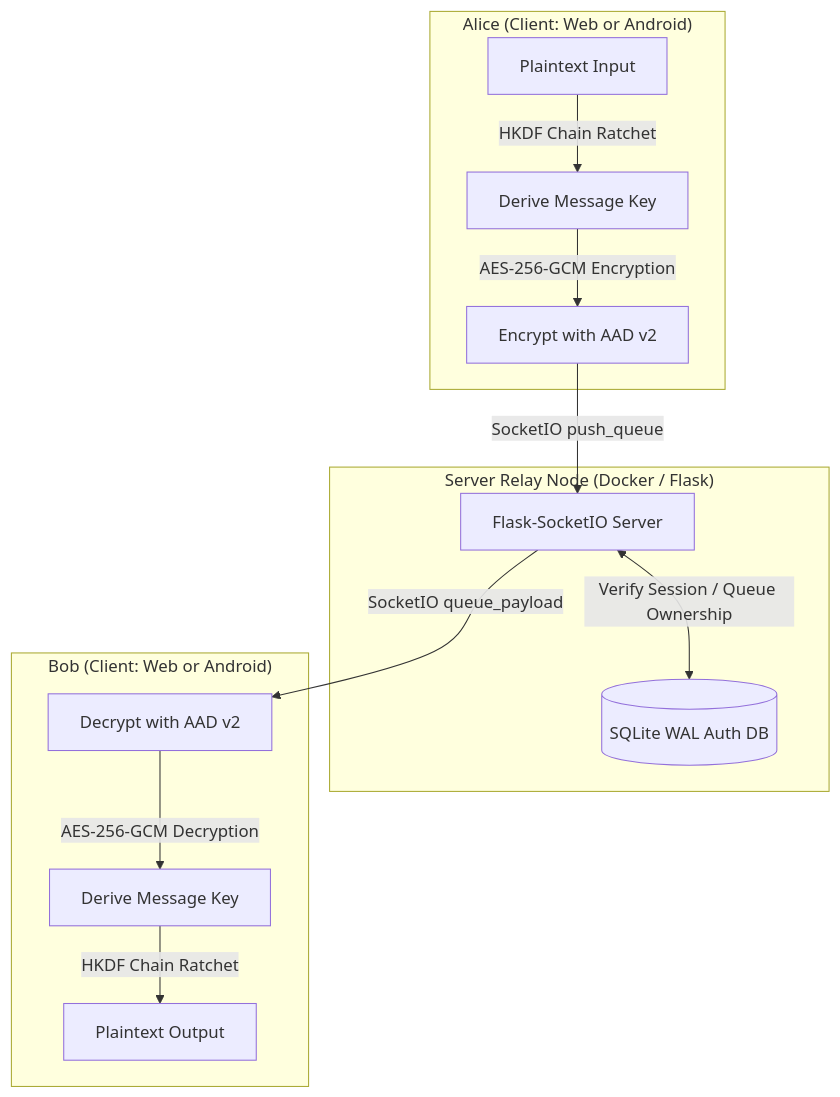
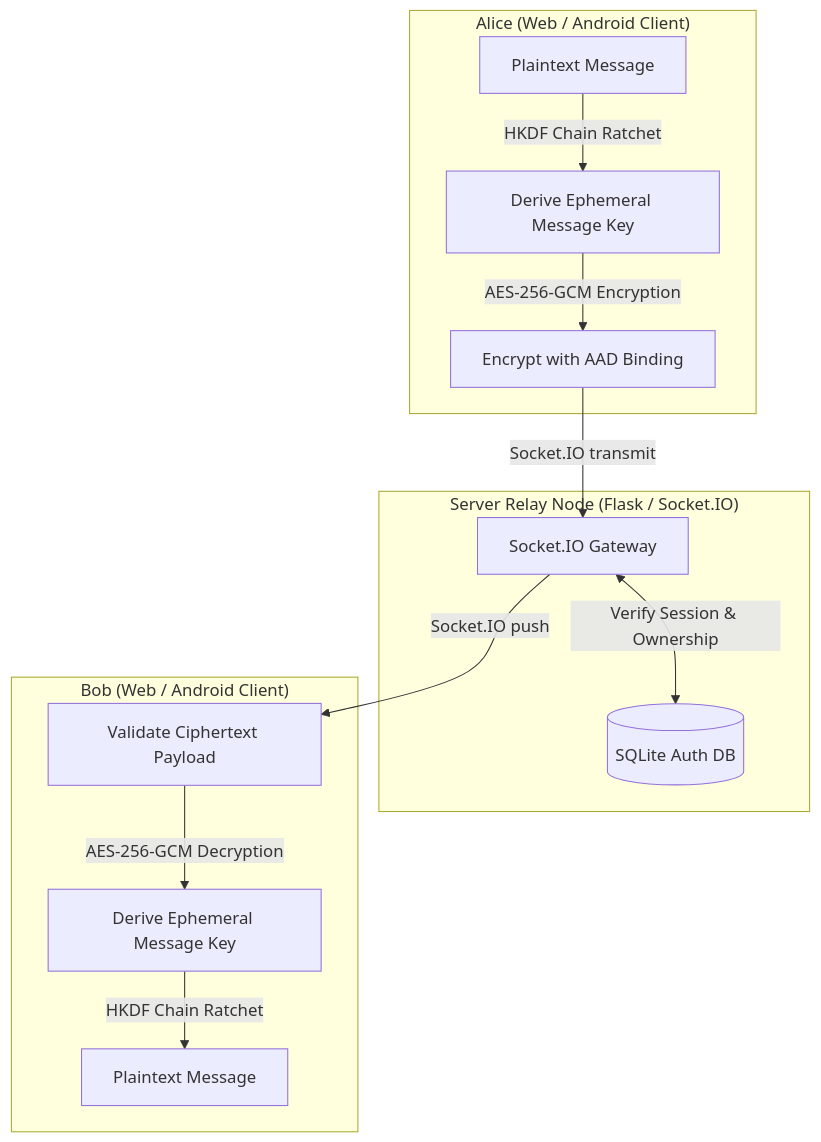
The diagram in README.md (aryansinghnagar/AnonyMus), drawn with Mermaid before and after one commit. The commit also changed other lines of this file and 10 other files, not shown here.

````diff
--- a/README.md
+++ b/README.md
@@ -16,21 +13,21 @@
 ```mermaid
 graph TD
-    subgraph "Alice (Client: Web or Android)"
-        A1[Plaintext Input] -->|HKDF Chain Ratchet| A2[Derive Message Key]
-        A2 -->|AES-256-GCM Encryption| A3[Encrypt with AAD v2]
+    subgraph "Alice (Web / Android Client)"
+        A1[Plaintext Message] -->|HKDF Chain Ratchet| A2[Derive Ephemeral Message Key]
+        A2 -->|AES-256-GCM Encryption| A3[Encrypt with AAD Binding]
     end
 
-    subgraph "Server Relay Node (Docker / Flask)"
-        S1[Flask-SocketIO Server]
-        S2[(SQLite WAL Auth DB)]
-        S1 <-->|Verify Session / Queue Ownership| S2
+    subgraph "Server Relay Node (Flask / Socket.IO)"
+        S1[Socket.IO Gateway]
+        S2[(SQLite Auth DB)]
+        S1 <-->|Verify Session & Ownership| S2
     end
 
-    subgraph "Bob (Client: Web or Android)"
-        B3[Decrypt with AAD v2] -->|AES-256-GCM Decryption| B2[Derive Message Key]
-        B2 -->|HKDF Chain Ratchet| B1[Plaintext Output]
+    subgraph "Bob (Web / Android Client)"
+        B3[Validate Ciphertext Payload] -->|AES-256-GCM Decryption| B2[Derive Ephemeral Message Key]
+        B2 -->|HKDF Chain Ratchet| B1[Plaintext Message]
     end
 
-    A3 -->|SocketIO push_queue| S1
-    S1 -->|SocketIO queue_payload| B3
+    A3 -->|Socket.IO transmit| S1
+    S1 -->|Socket.IO push| B3
 ```
````
